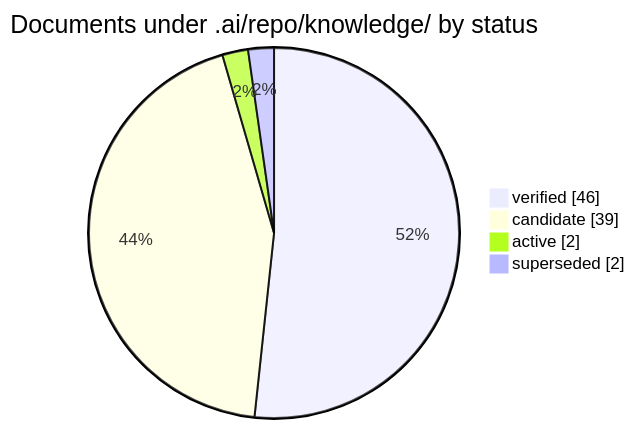
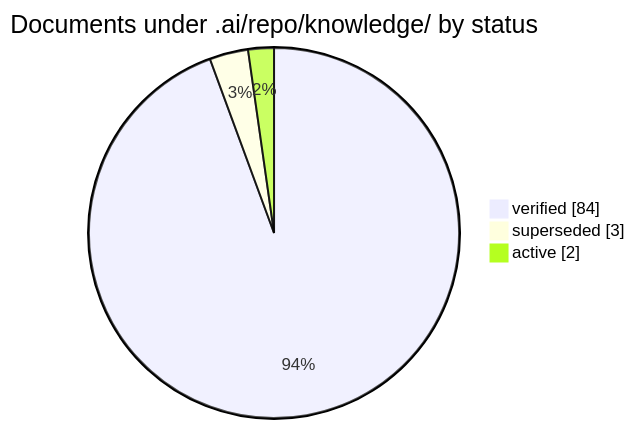
One commit to korczis/OpenTTD changed the first of 3 diagrams in .ai/repo/knowledge/README.md. Above: the diagram before and after it, drawn with Mermaid. The commit also changed other lines of this file, not shown here.

````diff
--- a/.ai/repo/knowledge/README.md
+++ b/.ai/repo/knowledge/README.md
@@ -35,8 +35,7 @@
 ```mermaid
 pie showData title Documents under .ai/repo/knowledge/ by status
-    %% links: README.md?col=Status&filter=verified#records-generated | README.md?col=Status&filter=candidate#records-generated | README.md?col=Status&filter=active#records-generated | README.md?col=Status&filter=superseded#records-generated
-    "verified" : 46
-    "candidate" : 39
+    %% links: README.md?col=Status&filter=verified#records-generated | README.md?col=Status&filter=superseded#records-generated | README.md?col=Status&filter=active#records-generated
+    "verified" : 84
+    "superseded" : 3
     "active" : 2
-    "superseded" : 2
 ```
````
